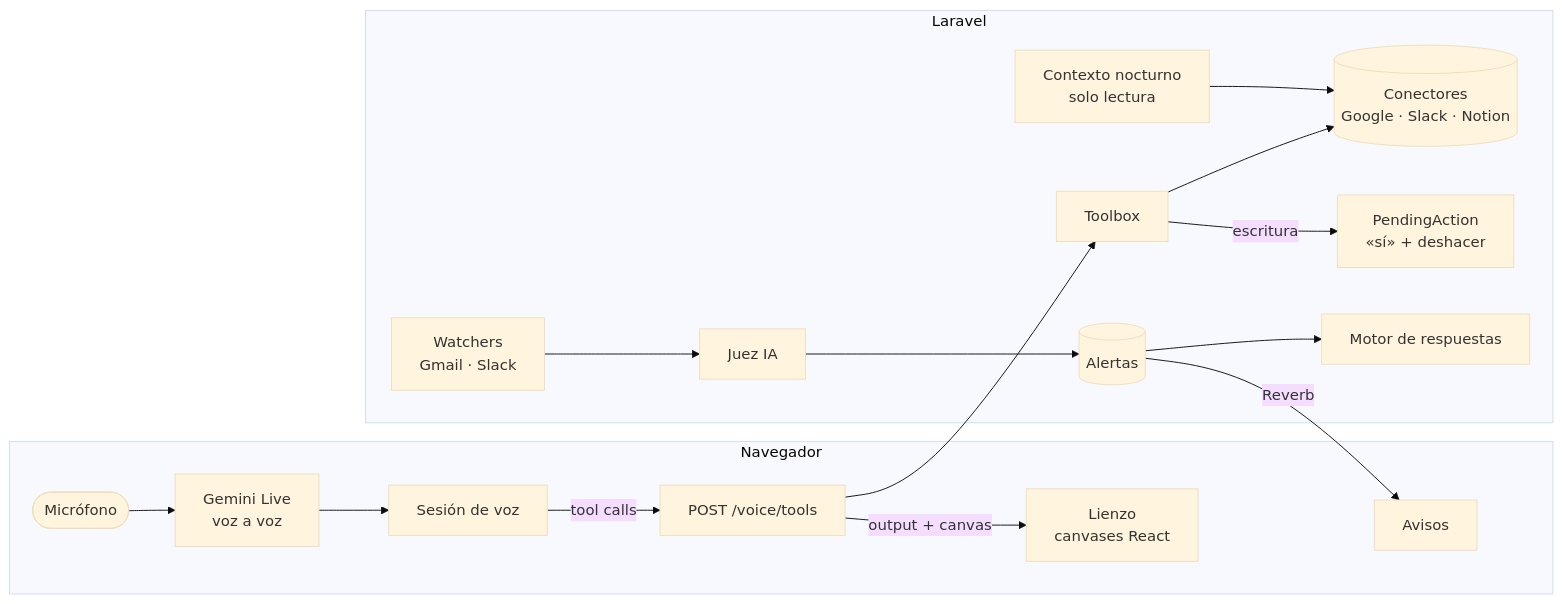
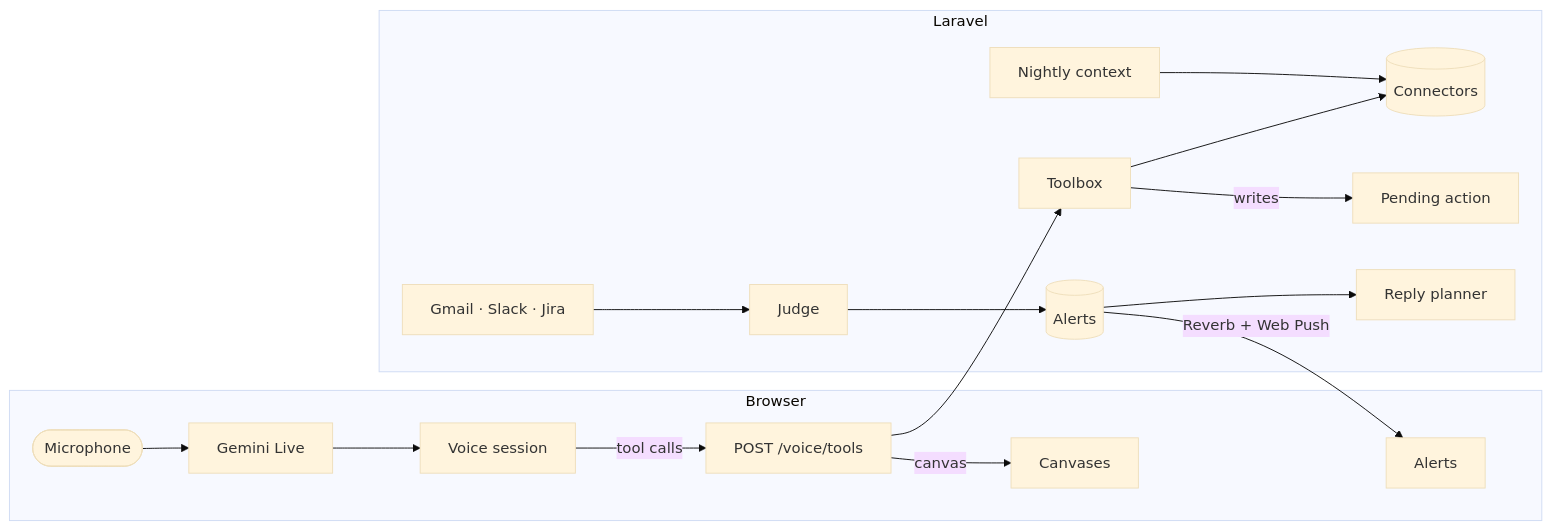
One commit to johnleonkab/sixth-sense changed the diagram in README.md. Above: the diagram before and after it, drawn with Mermaid (base theme). The commit also changed other lines of this file and 4 other files, not shown here.

````diff
--- a/README.md
+++ b/README.md
@@ -75,22 +96,22 @@
 ```mermaid
 flowchart LR
-    subgraph Navegador
-        Mic([Micrófono]) --> Live[Gemini Live<br/>voz a voz]
-        Live --> Voice[Sesión de voz]
+    subgraph Browser
+        Mic([Microphone]) --> Live[Gemini Live]
+        Live --> Voice[Voice session]
         Voice -- tool calls --> Tools
-        Canvas[Lienzo<br/>canvases React]
-        Alerts[Avisos]
+        Canvas[Canvases]
+        Alerts[Alerts]
     end
 
     subgraph Laravel
         Tools[POST /voice/tools] --> Toolbox
-        Toolbox --> Connectors[(Conectores<br/>Google · Slack · Notion)]
-        Toolbox -- escritura --> Pending[PendingAction<br/>«sí» + deshacer]
-        Watchers[Watchers<br/>Gmail · Slack] --> Judge[Juez IA] --> Inbox[(Alertas)]
-        Inbox --> Planner[Motor de respuestas]
-        Nightly[Contexto nocturno<br/>solo lectura] --> Connectors
+        Toolbox --> Connectors[(Connectors)]
+        Toolbox -- writes --> Pending[Pending action]
+        Watchers[Gmail · Slack · Jira] --> Judge[Judge] --> Inbox[(Alerts)]
+        Inbox --> Planner[Reply planner]
+        Nightly[Nightly context] --> Connectors
     end
 
-    Tools -- output + canvas --> Canvas
-    Inbox -- Reverb --> Alerts
+    Tools -- canvas --> Canvas
+    Inbox -- Reverb + Web Push --> Alerts
 ```
````
